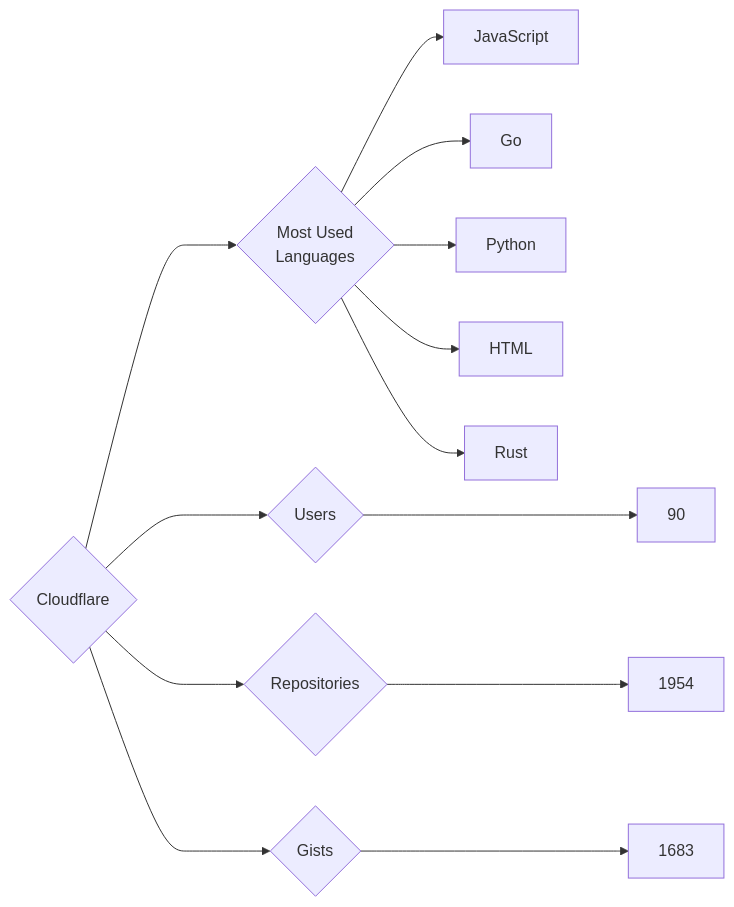
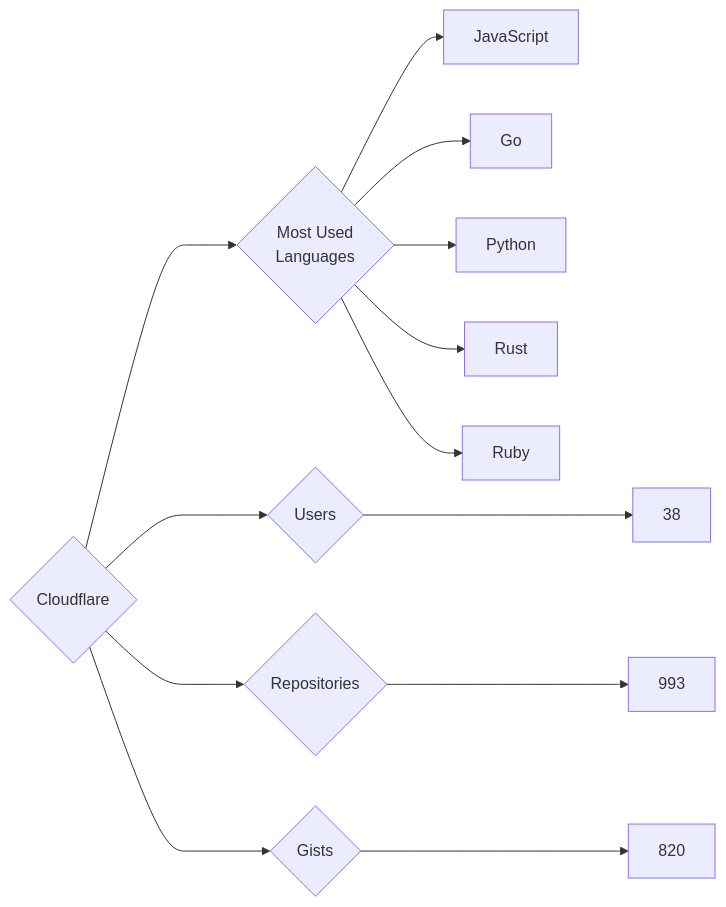
The diagram in targets/Cloudflare/README.md (trickest/insiders), drawn with Mermaid before and after one commit. The commit also changed 872 other files, not shown here.

````diff
--- a/targets/Cloudflare/README.md
+++ b/targets/Cloudflare/README.md
@@ -3,13 +3,13 @@
 ```mermaid
 graph LR
 COMPANY_NAME{Cloudflare}
-COMPANY_NAME ---> U{Users} ---> UN[90]
-COMPANY_NAME ---> R{Repositories} ---> RN[1954]
-COMPANY_NAME ---> G{Gists} ---> GN[1683]
+COMPANY_NAME ---> U{Users} ---> UN[38]
+COMPANY_NAME ---> R{Repositories} ---> RN[993]
+COMPANY_NAME ---> G{Gists} ---> GN[820]
 COMPANY_NAME ---> ML{Most Used<br>Languages}
 ML --> JavaScript[JavaScript]
 ML --> Go[Go]
 ML --> Python[Python]
-ML --> HTML[HTML]
 ML --> Rust[Rust]
+ML --> Ruby[Ruby]
 ```
````
